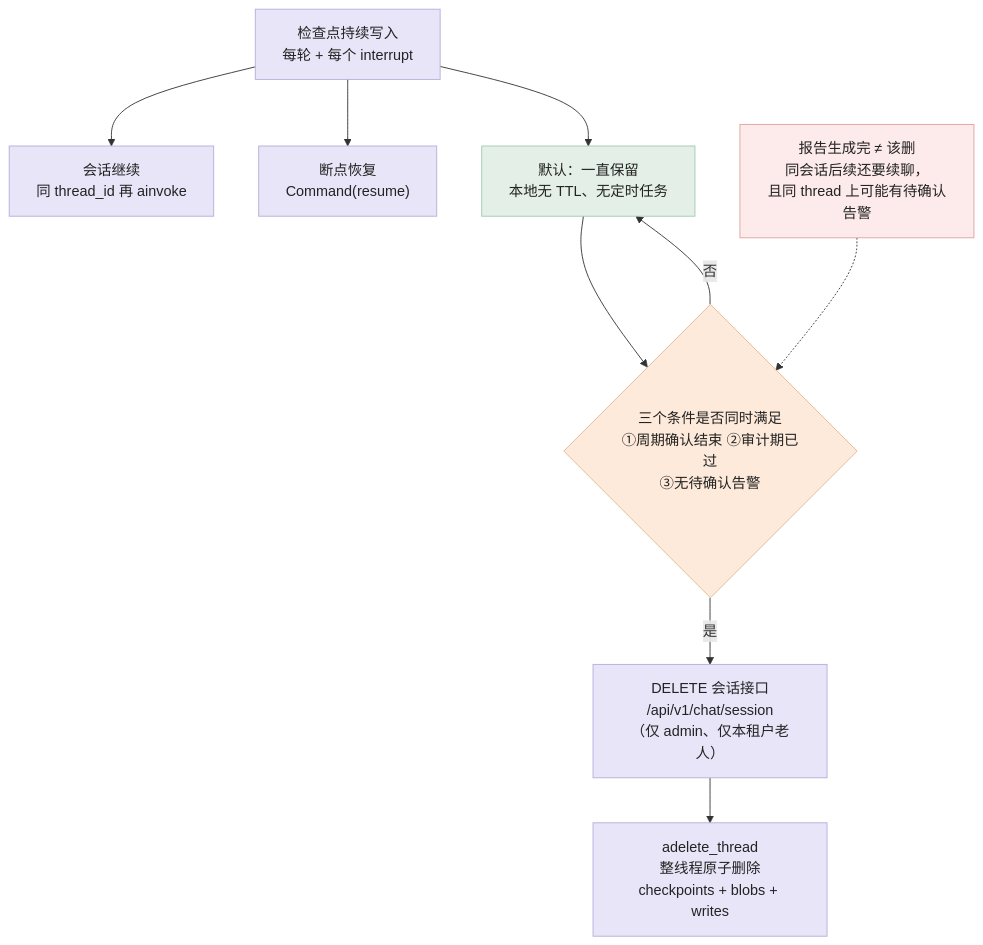
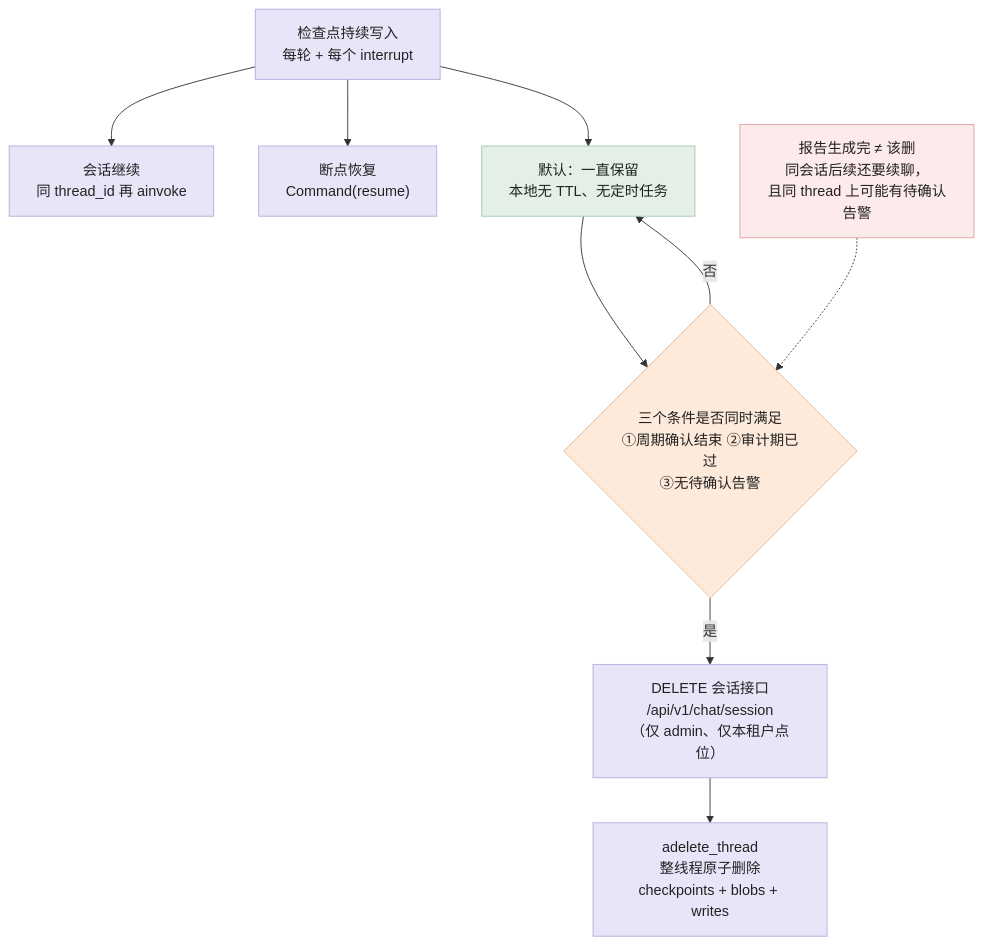
Diagram 12 of 13 in 文档/架构流程图.md (sysyan321-alt/fieldops-agent), drawn with Mermaid before and after one commit. The commit also changed other lines of this file and 109 other files, not shown here.

````diff
--- a/文档/架构流程图.md
+++ b/文档/架构流程图.md
@@ -506,23 +506,23 @@
 ```mermaid
 flowchart TD
     W["检查点持续写入<br/>每轮 + 每个 interrupt"]
     W --> R1["会话继续<br/>同 thread_id 再 ainvoke"]
     W --> R2["断点恢复<br/>Command(resume)"]
     W --> KEEP["默认：一直保留<br/>本地无 TTL、无定时任务"]
 
     KEEP --> JUDGE{"三个条件是否同时满足<br/>①周期确认结束 ②审计期已过<br/>③无待确认告警"}
     JUDGE -->|"否"| KEEP
-    JUDGE -->|"是"| DEL["DELETE 会话接口<br/>/api/v1/chat/session<br/>（仅 admin、仅本租户老人）"]
+    JUDGE -->|"是"| DEL["DELETE 会话接口<br/>/api/v1/chat/session<br/>（仅 admin、仅本租户点位）"]
     DEL --> ATOMIC["adelete_thread<br/>整线程原子删除<br/>checkpoints + blobs + writes"]
 
     NOT["报告生成完 ≠ 该删<br/>同会话后续还要续聊，<br/>且同 thread 上可能有待确认告警"] -.-> JUDGE
 
     classDef proc fill:#e8e5f8,stroke:#b4adda,color:#232323
     classDef decision fill:#fdeada,stroke:#e0b795,color:#232323
     classDef store fill:#e4f0e7,stroke:#a2c8b1,color:#232323
     classDef warn fill:#fdeaea,stroke:#e0a0a0,color:#232323
     class W,R1,R2,DEL,ATOMIC proc
     class JUDGE decision
     class KEEP store
     class NOT warn
 ```
````
